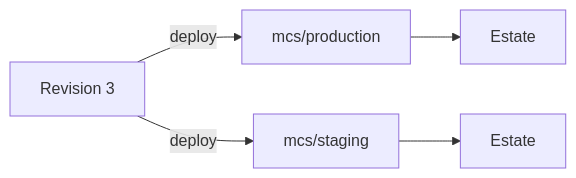
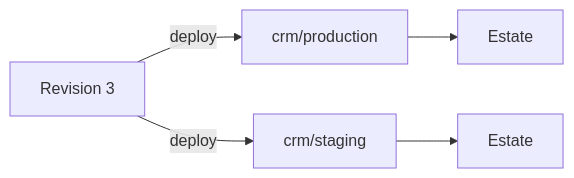
Before and after one commit to alepha-dev/alepha: the diagram in lore/docs/1-guides/19-stacks.md, drawn with Mermaid. The commit also changed other lines of this file and 229 other files, not shown here.

````diff
--- a/lore/docs/1-guides/19-stacks.md
+++ b/lore/docs/1-guides/19-stacks.md
@@ -36,7 +36,7 @@
 ```mermaid
 flowchart LR
-  Revision[Revision 3] -->|deploy| Env1[mcs/production]
-  Revision -->|deploy| Env2[mcs/staging]
+  Revision[Revision 3] -->|deploy| Env1[crm/production]
+  Revision -->|deploy| Env2[crm/staging]
   Env1 --> Estate1[Estate]
   Env2 --> Estate2[Estate]
 ```
````
